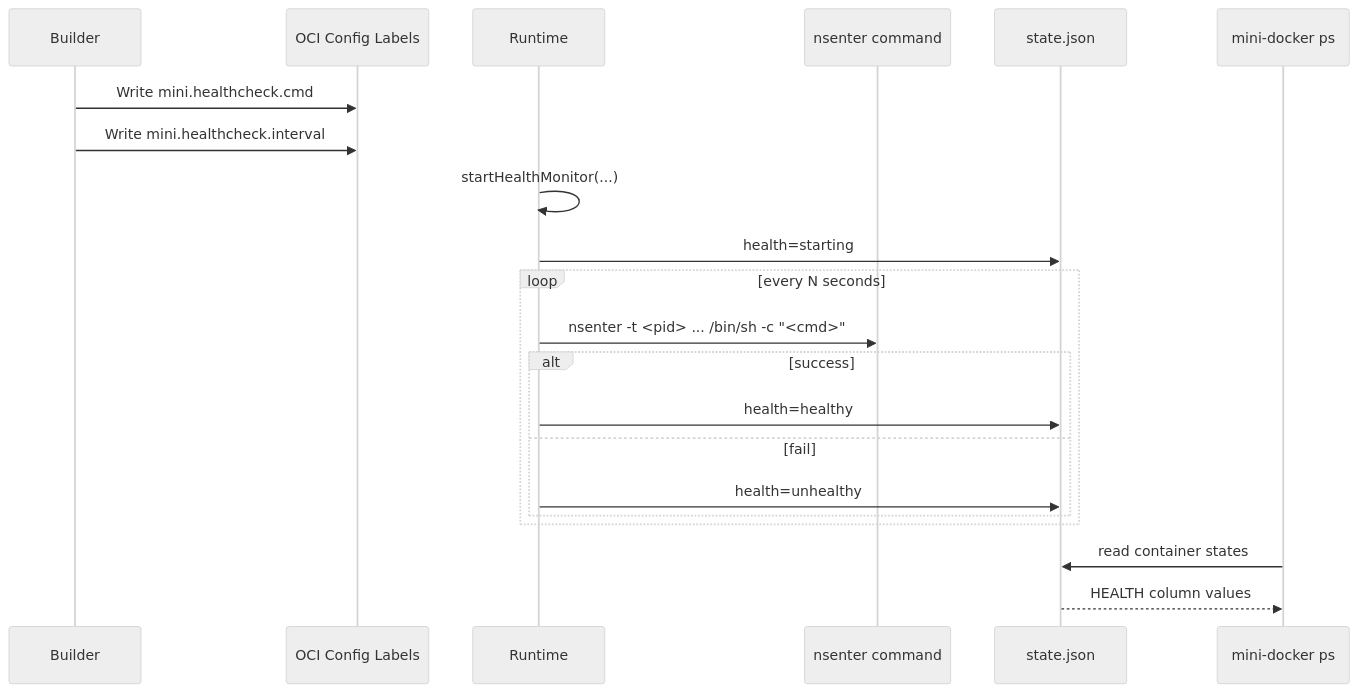
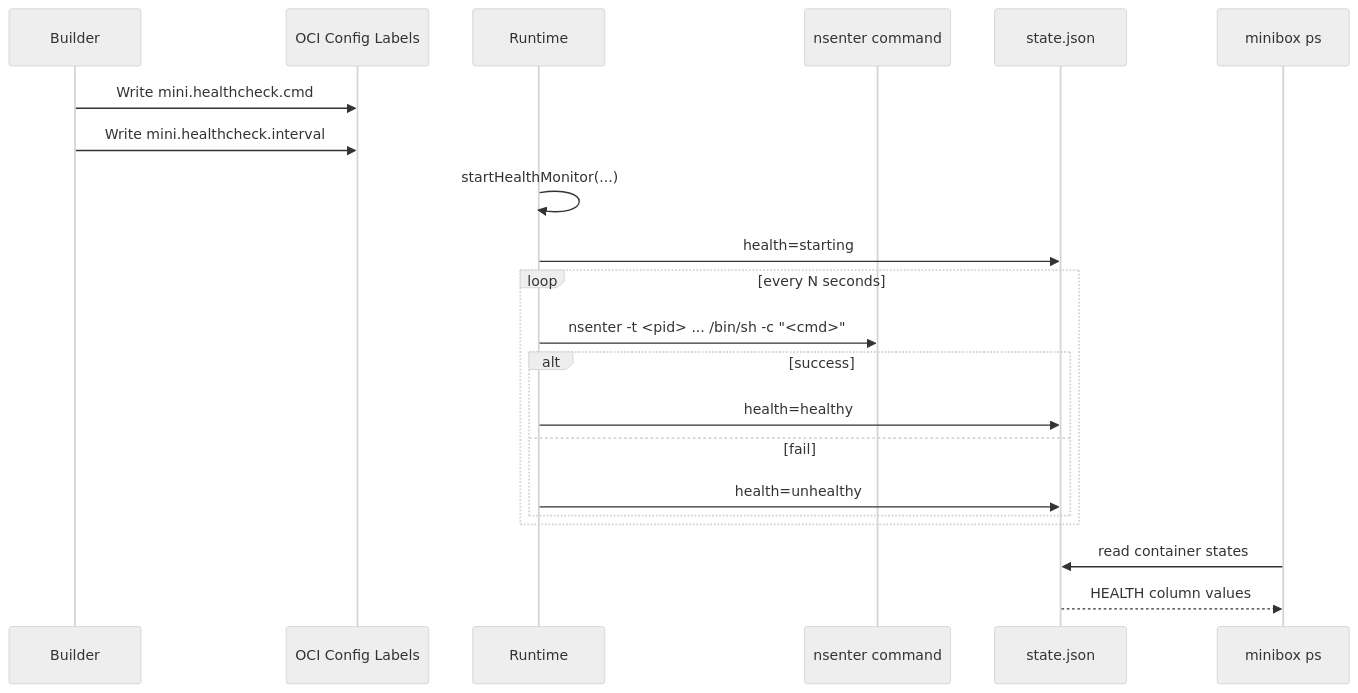
The fifth of 11 diagrams in docs/ARCHITECTURE_DIAGRAMS.md (chaitu426/minibox), drawn with Mermaid (neutral theme) before and after one commit. The commit also changed other lines of this file and 28 other files, not shown here.

````diff
--- a/docs/ARCHITECTURE_DIAGRAMS.md
+++ b/docs/ARCHITECTURE_DIAGRAMS.md
@@ -145,24 +145,24 @@
 ```mermaid
 sequenceDiagram
     participant B as Builder
     participant OCI as OCI Config Labels
     participant R as Runtime
     participant NS as nsenter command
     participant ST as state.json
-    participant PS as mini-docker ps
+    participant PS as minibox ps
 
     B->>OCI: Write mini.healthcheck.cmd
     B->>OCI: Write mini.healthcheck.interval
     R->>R: startHealthMonitor(...)
     R->>ST: health=starting
     loop every N seconds
       R->>NS: nsenter -t <pid> ... /bin/sh -c "<cmd>"
       alt success
         R->>ST: health=healthy
       else fail
         R->>ST: health=unhealthy
       end
     end
     PS->>ST: read container states
     ST-->>PS: HEALTH column values
 ```
````
